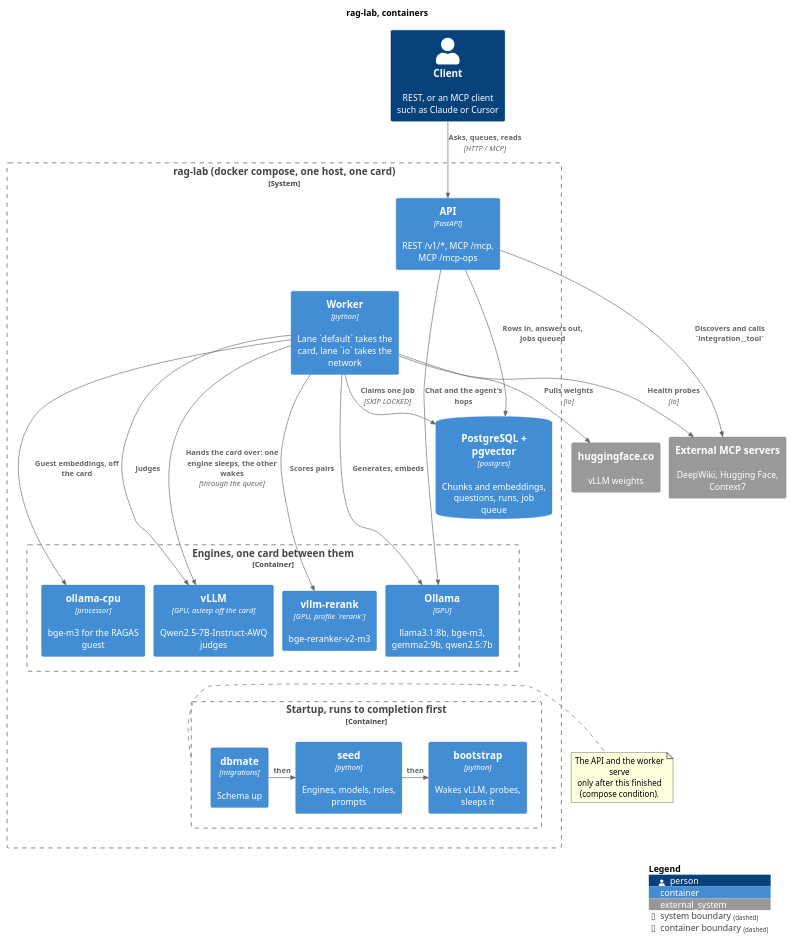
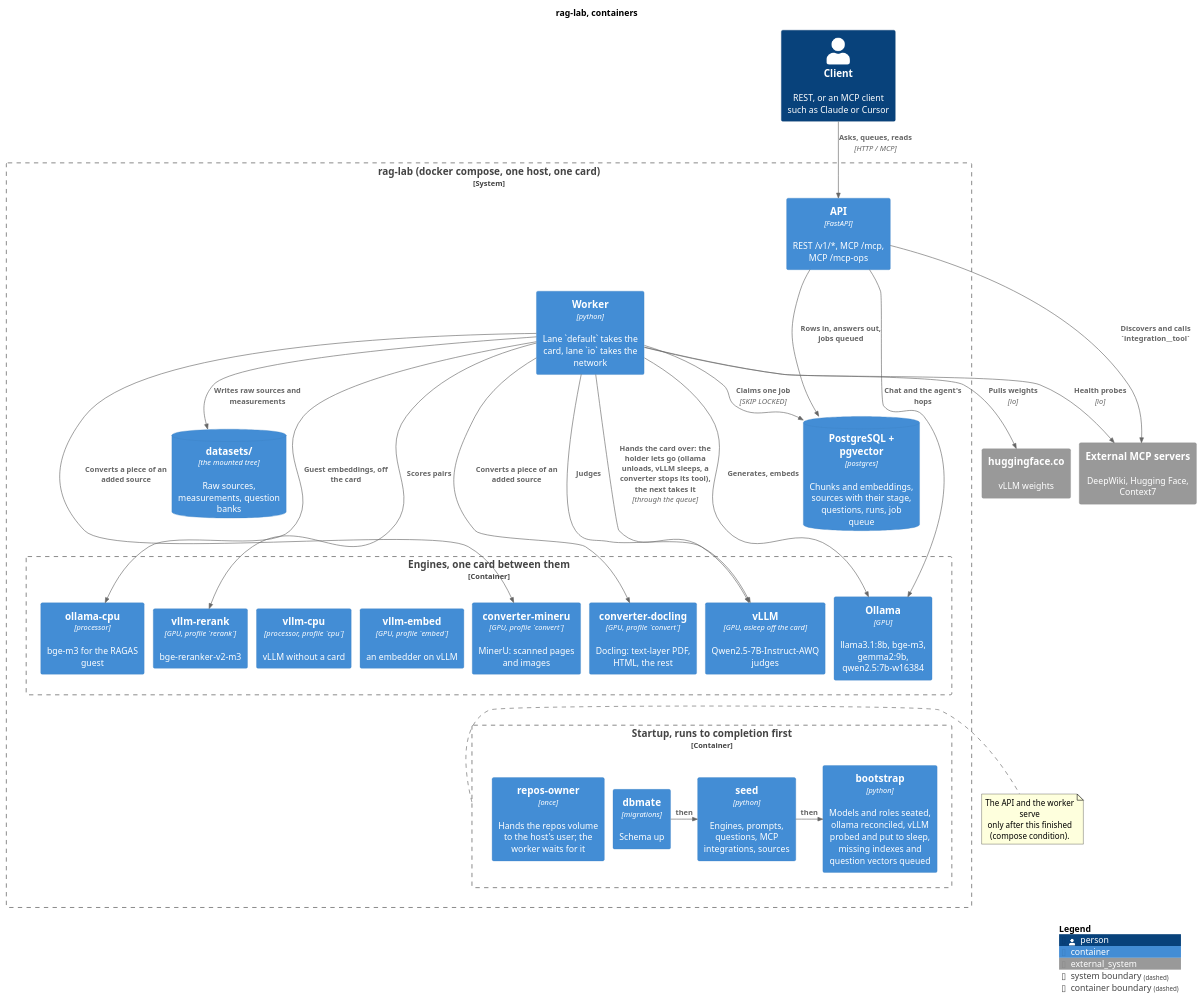
One commit to rikitikitav1/rag-lab changed the diagram in docs/diagrams/architecture.puml. Above: the diagram before and after it, drawn with PlantUML. The commit also changed 33 other files, not shown here.

Commit message:
Keep two kinds of diagrams: PlantUML for UML and C4 with the agent graph generated into it, and draw.io for the drawings, each a picture with its source inside

```diff
--- a/docs/diagrams/architecture.puml
+++ b/docs/diagrams/architecture.puml
@@ -1,64 +1,73 @@
 @startuml architecture
 !include <C4/C4_Container>
 
 LAYOUT_TOP_DOWN()
 HIDE_STEREOTYPE()
 ' narrow boxes over wide ones: the diagram is read on a laptop, not on a plotter
 skinparam wrapWidth 170
 skinparam nodesep 14
 skinparam ranksep 34
 
 title rag-lab, containers
 
 Person(client, "Client", "REST, or an MCP client such as Claude or Cursor")
 
 System_Boundary(lab, "rag-lab (docker compose, one host, one card)") {
 
   Container(api, "API", "FastAPI", "REST /v1/*, MCP /mcp, MCP /mcp-ops")
   Container(worker, "Worker", "python", "Lane `default` takes the card, lane `io` takes the network")
-  ContainerDb(postgres, "PostgreSQL + pgvector", "postgres", "Chunks and embeddings, questions, runs, job queue")
+  ContainerDb(postgres, "PostgreSQL + pgvector", "postgres", "Chunks and embeddings, sources with their stage, questions, runs, job queue")
+  ContainerDb(datasets, "datasets/", "the mounted tree", "Raw sources, measurements, question banks")
 
   Container_Boundary(engines, "Engines, one card between them") {
-    Container(ollama, "Ollama", "GPU", "llama3.1:8b, bge-m3, gemma2:9b, qwen2.5:7b")
+    Container(ollama, "Ollama", "GPU", "llama3.1:8b, bge-m3, gemma2:9b, qwen2.5:7b-w16384")
     Container(vllm, "vLLM", "GPU, asleep off the card", "Qwen2.5-7B-Instruct-AWQ judges")
     Container(rerank, "vllm-rerank", "GPU, profile `rerank`", "bge-reranker-v2-m3")
     Container(ollama_cpu, "ollama-cpu", "processor", "bge-m3 for the RAGAS guest")
+    Container(vllm_embed, "vllm-embed", "GPU, profile `embed`", "an embedder on vLLM")
+    Container(vllm_cpu, "vllm-cpu", "processor, profile `cpu`", "vLLM without a card")
+    Container(docling, "converter-docling", "GPU, profile `convert`", "Docling: text-layer PDF, HTML, the rest")
+    Container(mineru, "converter-mineru", "GPU, profile `convert`", "MinerU: scanned pages and images")
   }
 
   Container_Boundary(boot, "Startup, runs to completion first") {
     Container(dbmate, "dbmate", "migrations", "Schema up")
-    Container(seed, "seed", "python", "Engines, models, roles, prompts")
-    Container(bootstrap, "bootstrap", "python", "Wakes vLLM, probes, sleeps it")
+    Container(seed, "seed", "python", "Engines, prompts, questions, MCP integrations, sources")
+    Container(bootstrap, "bootstrap", "python", "Models and roles seated, ollama reconciled, vLLM probed and put to sleep, missing indexes and question vectors queued")
+    Container(repos_owner, "repos-owner", "once", "Hands the repos volume to the host's user; the worker waits for it")
   }
 }
 
 System_Ext(hub, "huggingface.co", "vLLM weights")
 System_Ext(mcp_ext, "External MCP servers", "DeepWiki, Hugging Face, Context7")
 
 Rel_D(client, api, "Asks, queues, reads", "HTTP / MCP")
 Rel_D(api, postgres, "Rows in, answers out, jobs queued")
 Rel_D(worker, postgres, "Claims one job", "SKIP LOCKED")
 Rel_D(api, ollama, "Chat and the agent's hops")
 Rel_D(worker, ollama, "Generates, embeds")
 Rel_D(worker, ollama_cpu, "Guest embeddings, off the card")
 Rel_D(worker, vllm, "Judges")
 Rel_D(worker, rerank, "Scores pairs")
-Rel_D(worker, vllm, "Hands the card over: one engine sleeps, the other wakes", "through the queue")
+Rel_D(worker, docling, "Converts a piece of an added source")
+Rel_D(worker, mineru, "Converts a piece of an added source")
+Rel_D(worker, vllm, "Hands the card over: the holder lets go (ollama unloads, vLLM sleeps, a converter stops its tool), the next takes it", "through the queue")
+Rel_D(worker, datasets, "Writes raw sources and measurements")
 Rel_R(dbmate, seed, "then")
 Rel_R(seed, bootstrap, "then")
 Rel_D(worker, hub, "Pulls weights", "io")
 Rel_D(api, mcp_ext, "Discovers and calls `integration__tool`")
 Rel_D(worker, mcp_ext, "Health probes", "io")
 
 Lay_D(api, worker)
 Lay_D(postgres, engines)
 Lay_D(engines, boot)
 
 note right of boot
   The API and the worker serve
   only after this finished
   (compose condition).
 end note
 
 SHOW_LEGEND()
 @enduml
```
